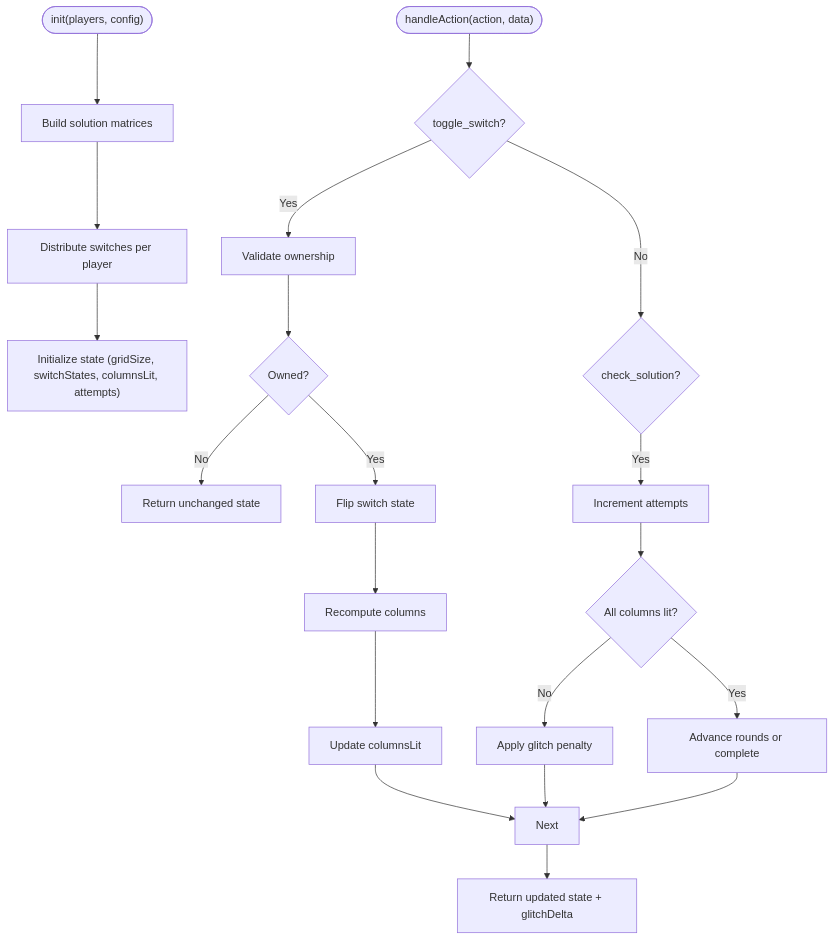
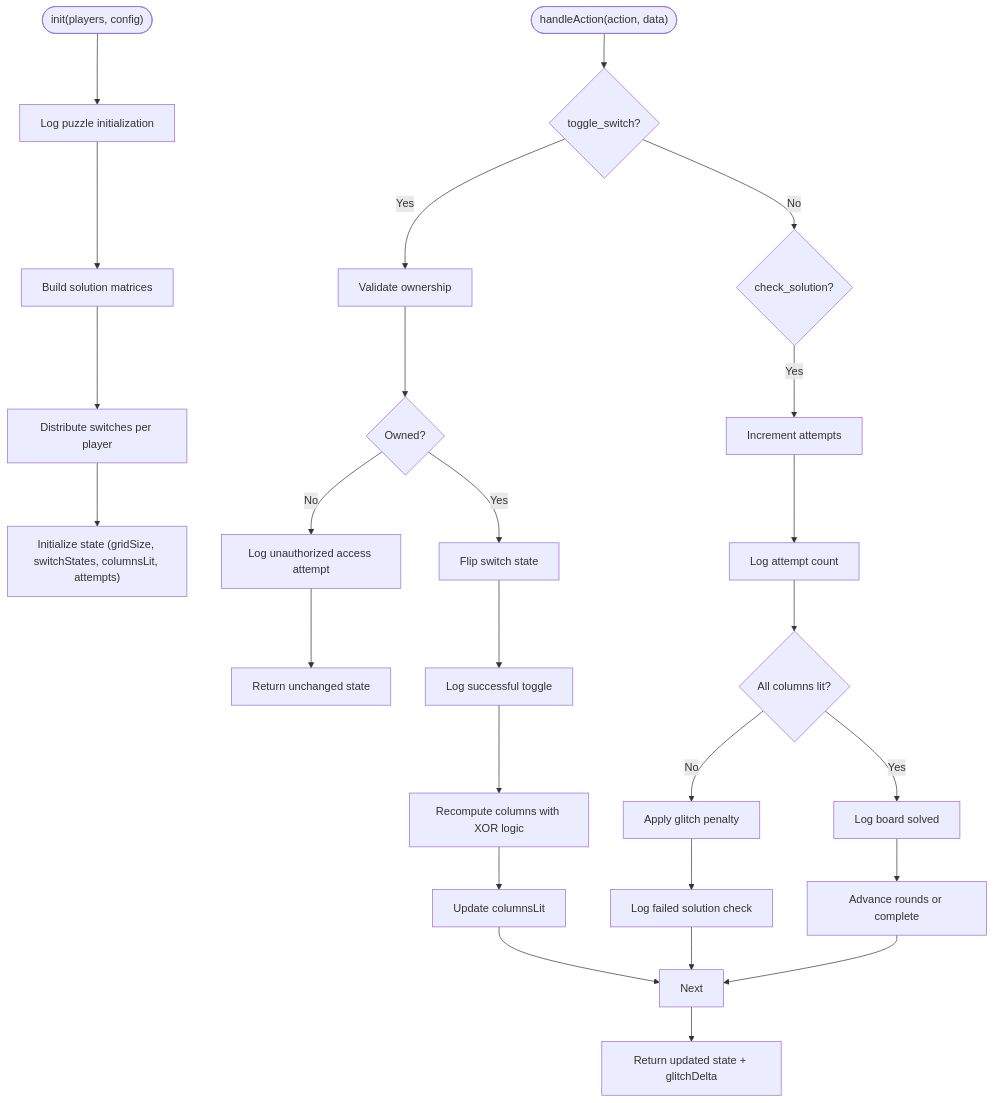
One commit to dkoukoul/escape-room-mvp changed the fourth of 9 diagrams in .qoder/repowiki/en/content/Puzzle System/Collaborative Wiring Puzzle.md. Above: the diagram before and after it, drawn with Mermaid. The commit also changed other lines of this file and 21 other files, not shown here.

````diff
--- a/.qoder/repowiki/en/content/Puzzle System/Collaborative Wiring Puzzle.md
+++ b/.qoder/repowiki/en/content/Puzzle System/Collaborative Wiring Puzzle.md
@@ -211,22 +263,28 @@
 ```mermaid
 flowchart TD
-Init(["init(players, config)"]) --> Build["Build solution matrices"]
+Init(["init(players, config)"]) --> LogInit["Log puzzle initialization"]
+LogInit --> Build["Build solution matrices"]
 Build --> Assign["Distribute switches per player"]
 Assign --> State["Initialize state (gridSize, switchStates, columnsLit, attempts)"]
 Action(["handleAction(action, data)"]) --> Toggle{"toggle_switch?"}
 Toggle --> |Yes| Validate["Validate ownership"]
 Validate --> Valid{"Owned?"}
-Valid --> |No| ReturnState["Return unchanged state"]
+Valid --> |No| LogWarn["Log unauthorized access attempt"]
+LogWarn --> ReturnState["Return unchanged state"]
 Valid --> |Yes| Flip["Flip switch state"]
-Flip --> Recompute["Recompute columns"]
+Flip --> LogToggle["Log successful toggle"]
+LogToggle --> Recompute["Recompute columns with XOR logic"]
 Recompute --> Update["Update columnsLit"]
 Update --> Next["Next"]
 Toggle --> |No| Check{"check_solution?"}
 Check --> |Yes| Inc["Increment attempts"]
-Inc --> Lit{"All columns lit?"}
-Lit --> |Yes| Round["Advance rounds or complete"]
+Inc --> LogAttempt["Log attempt count"]
+LogAttempt --> Lit{"All columns lit?"}
+Lit --> |Yes| LogSolve["Log board solved"]
+LogSolve --> Round["Advance rounds or complete"]
 Lit --> |No| Glitch["Apply glitch penalty"]
-Glitch --> Next
+Glitch --> LogFail["Log failed solution check"]
+LogFail --> Next
 Round --> Next
 Next --> Return["Return updated state + glitchDelta"]
 ```
````
